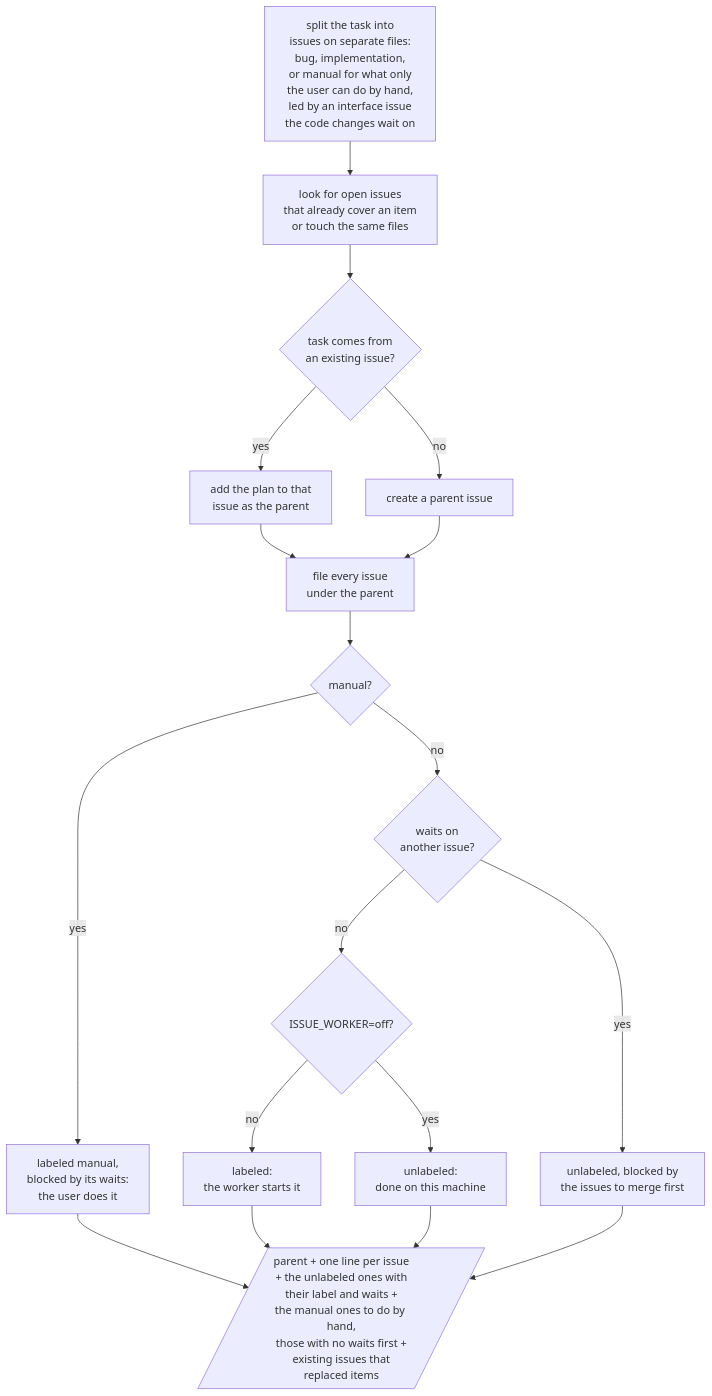
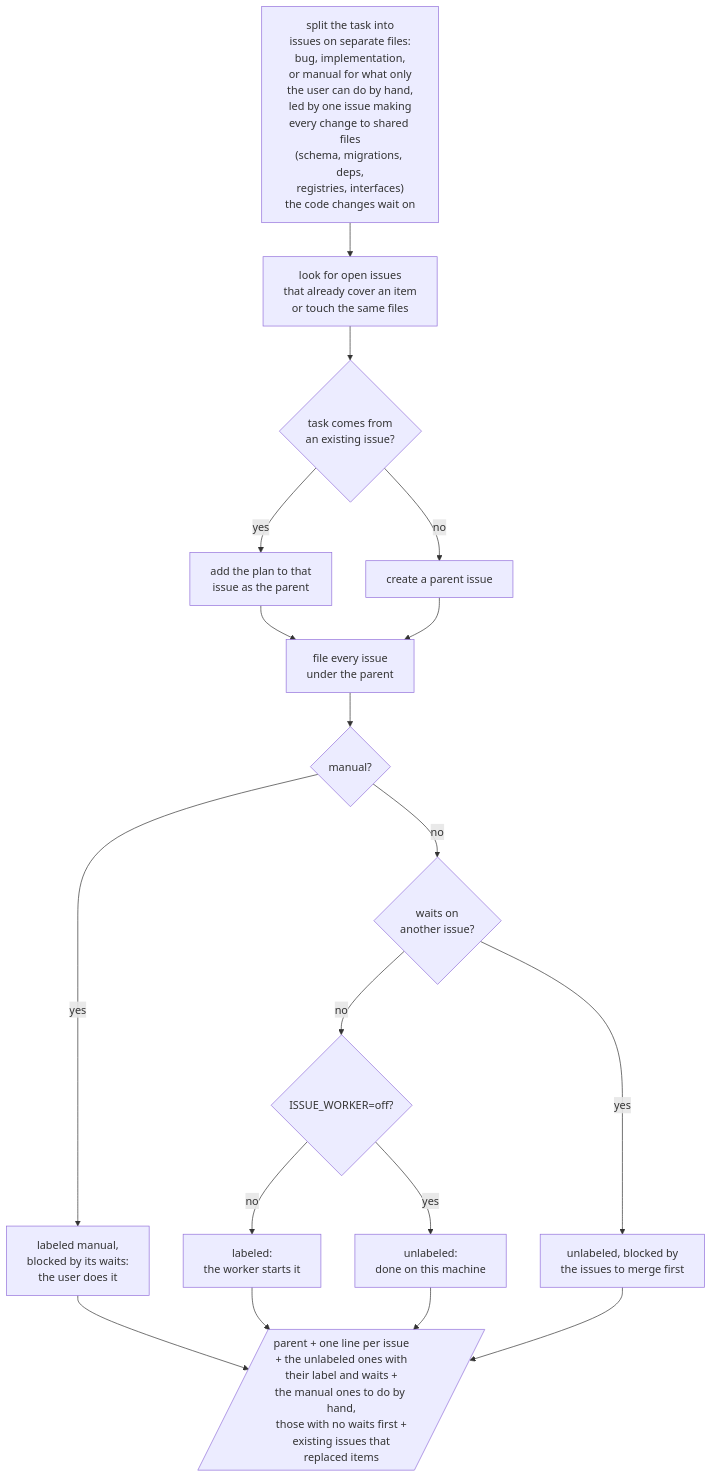
Before and after one commit to omni-stove/skill-kit: the diagram in shared/skills/delegate/README.md, drawn with Mermaid. The commit also changed 2 other files, not shown here.

Commit message:
Have delegate lock the files every change shares before splitting: SKILL.md has the split first read the code and list the files each item changes, counting the schema, migrations, generated types, dependency manifests, registries, config and message catalogs every change appends to, and, whenever two lists share a file, open with an implementation issue that makes every change the task needs to those shared files without changing behavior, in place of an interface issue left out when the files looked separate; the parent body names the files each issue changes, and the READMEs' split box shows the shared-file issue
Claude-Session: https://claude.ai/code/session_0118w5k68aNPYednrkwLPUmP

````diff
--- a/shared/skills/delegate/README.md
+++ b/shared/skills/delegate/README.md
@@ -3,21 +3,21 @@
 ```mermaid
 flowchart TD
-  split["split the task into<br/>issues on separate files:<br/>bug, implementation,<br/>or manual for what only<br/>the user can do by hand,<br/>led by an interface issue<br/>the code changes wait on"]
+  split["split the task into<br/>issues on separate files:<br/>bug, implementation,<br/>or manual for what only<br/>the user can do by hand,<br/>led by one issue making<br/>every change to shared files<br/>(schema, migrations, deps,<br/>registries, interfaces)<br/>the code changes wait on"]
   split --> similar[look for open issues<br/>that already cover an item<br/>or touch the same files]
   similar --> origin{task comes from<br/>an existing issue?}
   origin -- "yes" --> comment[add the plan to that<br/>issue as the parent]
   origin -- "no" --> parent[create a parent issue]
   comment --> create[file every issue<br/>under the parent]
   create --> kind{manual?}
   kind -- "yes" --> manual[labeled manual,<br/>blocked by its waits:<br/>the user does it]
   kind -- "no" --> wait{waits on<br/>another issue?}
   wait -- "no" --> off{ISSUE_WORKER=off?}
   off -- "no" --> now[labeled:<br/>the worker starts it]
   off -- "yes" --> local[unlabeled:<br/>done on this machine]
   wait -- "yes" --> later[unlabeled, blocked by<br/>the issues to merge first]
   parent --> create
   now --> report[/"parent + one line per issue<br/>+ the unlabeled ones with<br/>their label and waits +<br/>the manual ones to do by hand,<br/>those with no waits first +<br/>existing issues that<br/>replaced items"/]
   later --> report
   local --> report
   manual --> report
 ```
````
